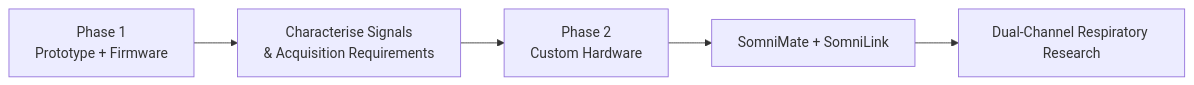
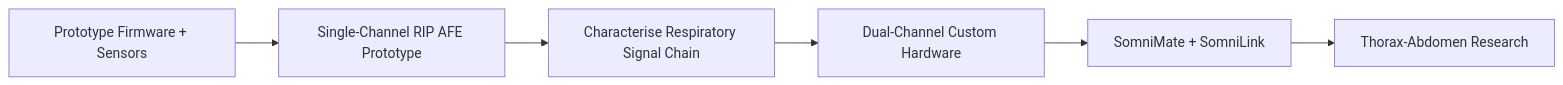
The first of 4 diagrams in README.md (CDonohoe-Designs/SomniMate), drawn with Mermaid before and after one commit. The commit also changed other lines of this file, not shown here.

Commit message:
Update README for RIP AFE hardware prototype

````diff
--- a/README.md
+++ b/README.md
@@ -41,7 +42,8 @@
 ```mermaid
 flowchart LR
-    A["Phase 1<br/>Prototype + Firmware"] --> B["Characterise Signals<br/>& Acquisition Requirements"]
-    B --> C["Phase 2<br/>Custom Hardware"]
-    C --> D["SomniMate + SomniLink"]
-    D --> E["Dual-Channel Respiratory Research"]
+    A["Prototype Firmware + Sensors"] --> B["Single-Channel RIP AFE Prototype"]
+    B --> C["Characterise Respiratory Signal Chain"]
+    C --> D["Dual-Channel Custom Hardware"]
+    D --> E["SomniMate + SomniLink"]
+    E --> F["Thorax-Abdomen Research"]
 ```
````
